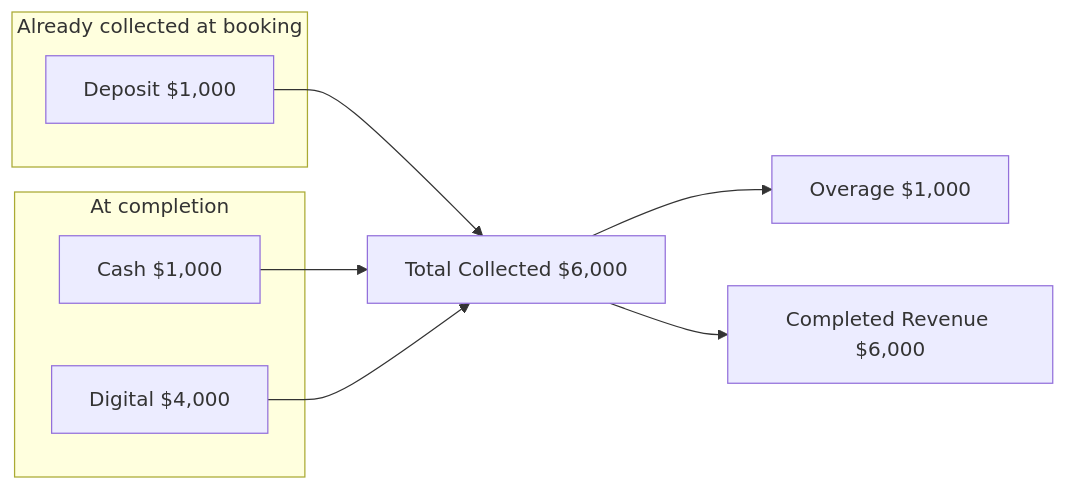
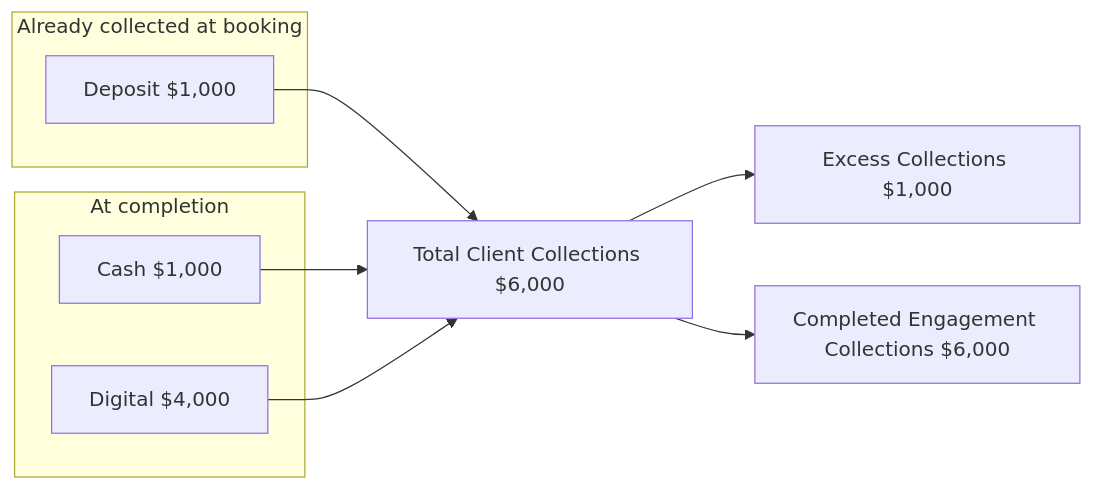
The third of 5 diagrams in docs/appointment-lifecycle.md (sethrock/AppointmentManager-1), drawn with Mermaid before and after one commit. The commit also changed other lines of this file and 37 other files, not shown here.

````diff
--- a/docs/appointment-lifecycle.md
+++ b/docs/appointment-lifecycle.md
@@ -88,15 +88,15 @@
 ```mermaid
 flowchart LR
     subgraph already [Already collected at booking]
         DEP[Deposit $1,000]
     end
     subgraph completion [At completion]
         CASH[Cash $1,000]
         DIG[Digital $4,000]
     end
-    DEP --> TC[Total Collected $6,000]
+    DEP --> TC[Total Client Collections $6,000]
     CASH --> TC
     DIG --> TC
-    TC --> OVR[Overage $1,000]
-    TC --> CR[Completed Revenue $6,000]
+    TC --> OVR[Excess Collections $1,000]
+    TC --> CR[Completed Engagement Collections $6,000]
 ```
````
